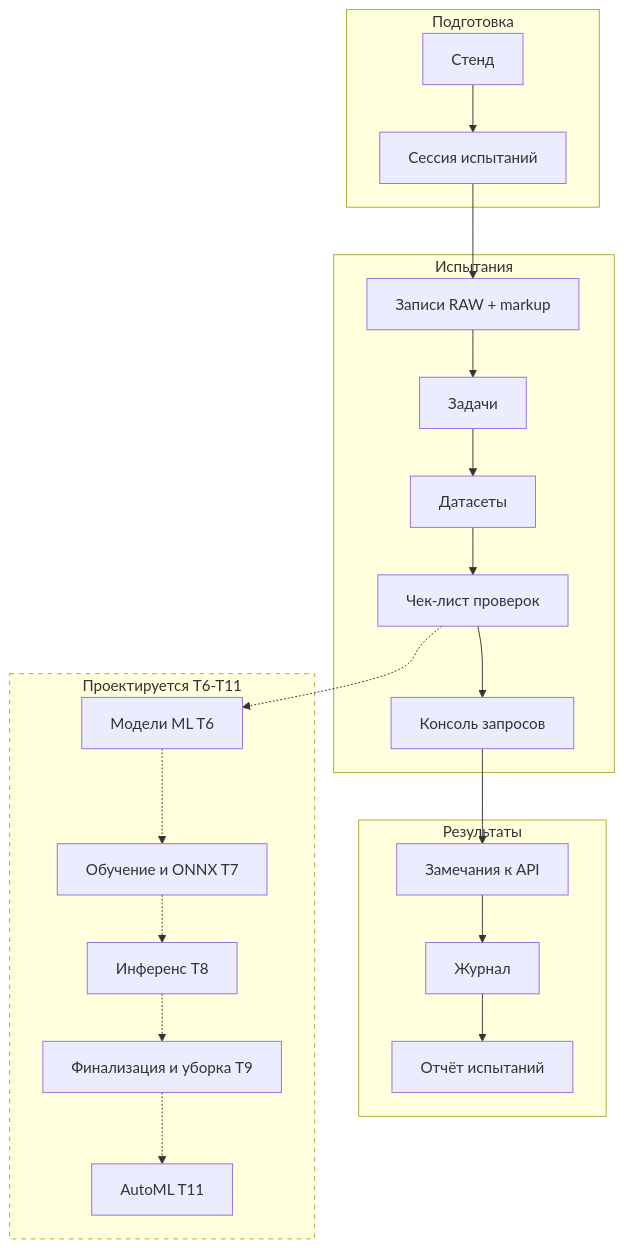
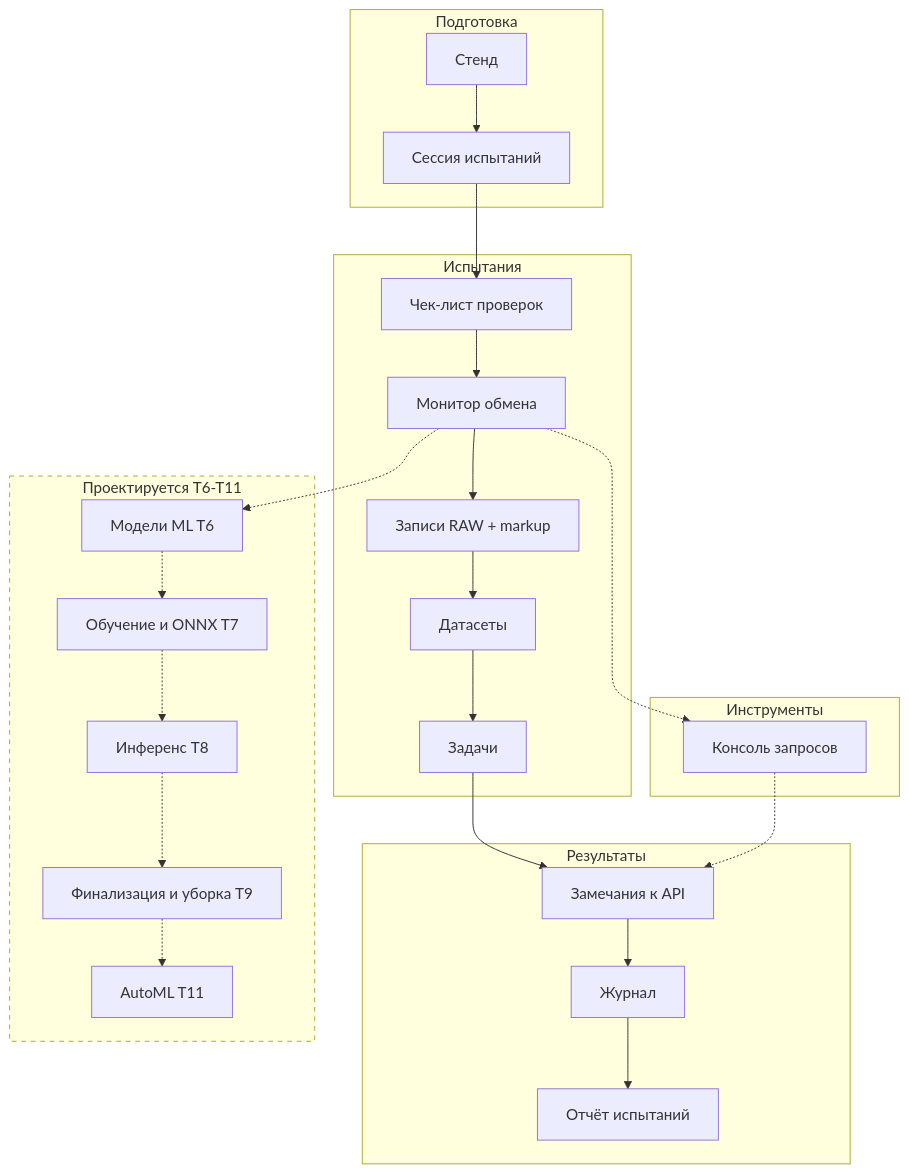
One commit to kiselevsl77-dot/TrainingServerAcceptance changed the second of 10 diagrams in docs/12. Руководство пользователя пульта испытаний (функционал и правила).md. Above: the diagram before and after it, drawn with Mermaid. The commit also changed other lines of this file and 63 other files, not shown here.

````diff
--- a/docs/12. Руководство пользователя пульта испытаний (функционал и правила).md
+++ b/docs/12. Руководство пользователя пульта испытаний (функционал и правила).md
@@ -257,46 +321,52 @@
 ```mermaid
 flowchart TD
     subgraph START["Подготовка"]
         STAND["Стенд"]
         SES["Сессия испытаний"]
     end
 
     subgraph TESTS["Испытания"]
+        CHECKS["Чек-лист проверок"]
+        MON["Монитор обмена"]
         REC["Записи RAW + markup"]
+        DS["Датасеты"]
         TASKS["Задачи"]
-        DS["Датасеты"]
-        CHECKS["Чек-лист проверок"]
+    end
+
+    subgraph TOOLS["Инструменты"]
         CONS["Консоль запросов"]
     end
 
     subgraph RESULTS["Результаты"]
         NOTES["Замечания к API"]
         LOGS["Журнал"]
         REPORT["Отчёт испытаний"]
     end
 
     subgraph PLANNED["Проектируется T6-T11"]
         MODELS["Модели ML T6"]
         TRAIN["Обучение и ONNX T7"]
         INFER["Инференс T8"]
         FINAL["Финализация и уборка T9"]
         AUTO["AutoML T11"]
     end
 
     STAND --> SES
-    SES --> REC
-    REC --> TASKS
-    TASKS --> DS
-    DS --> CHECKS
-    CHECKS --> CONS
-    CONS --> NOTES
+    SES --> CHECKS
+    CHECKS --> MON
+    MON --> REC
+    REC --> DS
+    DS --> TASKS
+    TASKS --> NOTES
     NOTES --> LOGS
     LOGS --> REPORT
-    CHECKS -.-> MODELS
+    MON -.-> MODELS
+    MON -.-> CONS
+    CONS -.-> NOTES
     MODELS -.-> TRAIN
     TRAIN -.-> INFER
     INFER -.-> FINAL
     FINAL -.-> AUTO
 
     style PLANNED stroke-dasharray: 5 5
 ```
````
